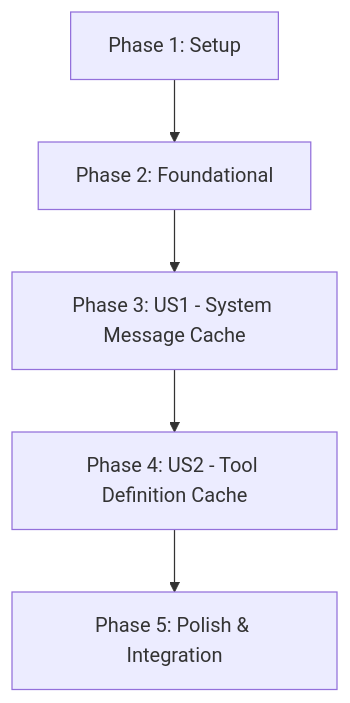
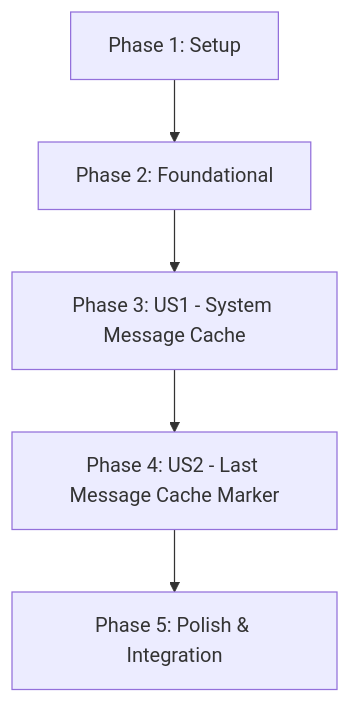
The diagram in specs/021-prompt-cache-control/tasks.md (netease-lcap/wave-agent), drawn with Mermaid before and after one commit. The commit also changed other lines of this file and 16 other files, not shown here.

First line of the commit message:
refactor(cache): simplify to 2-marker strategy (system + last message)

````diff
--- a/specs/021-prompt-cache-control/tasks.md
+++ b/specs/021-prompt-cache-control/tasks.md
@@ -22,7 +22,7 @@
 ```mermaid
 graph TD
     Setup[Phase 1: Setup] --> Foundational[Phase 2: Foundational]
     Foundational --> US1[Phase 3: US1 - System Message Cache]
-    US1 --> US2[Phase 4: US2 - Tool Definition Cache]
+    US1 --> US2[Phase 4: US2 - Last Message Cache Marker]
     US2 --> Polish[Phase 5: Polish & Integration]
 ```
````
